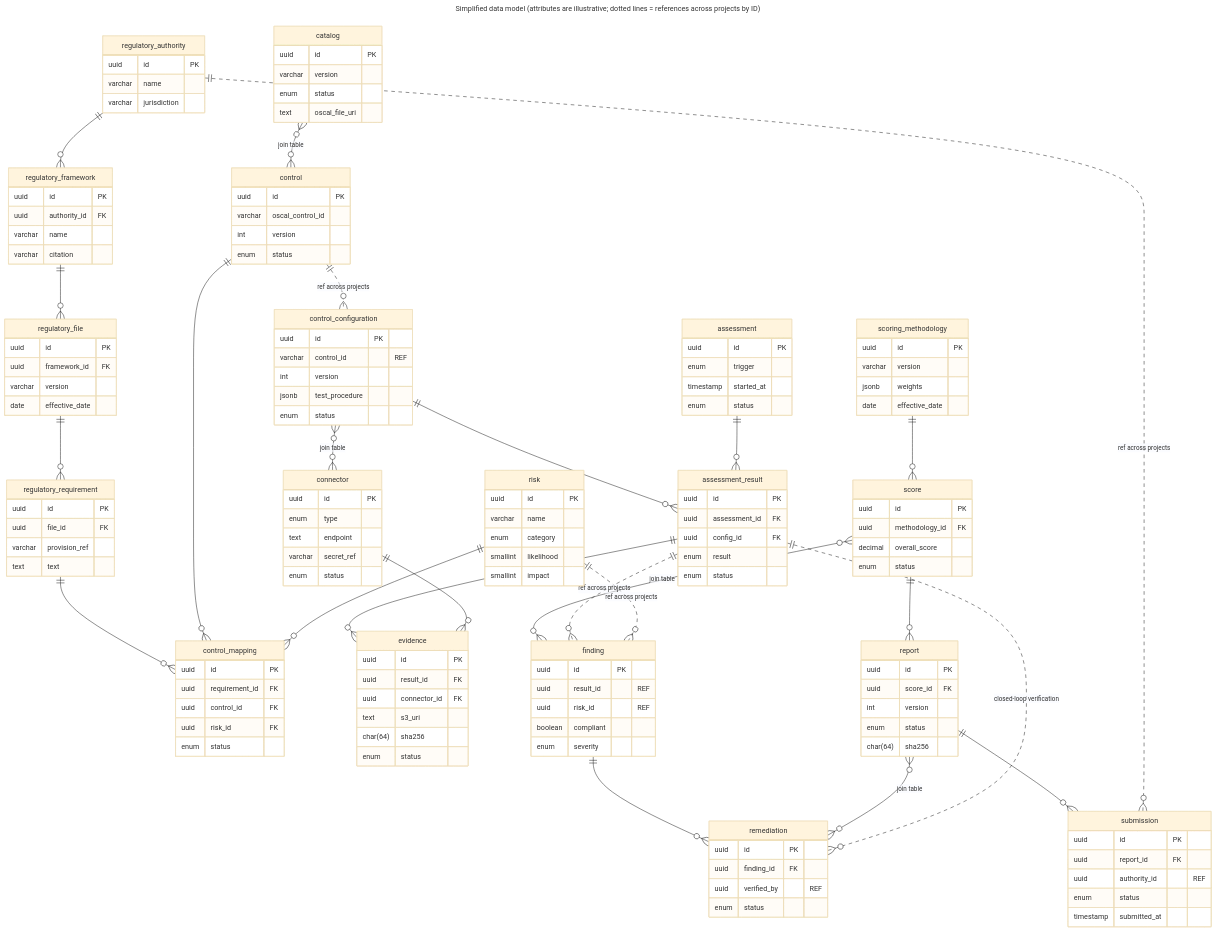
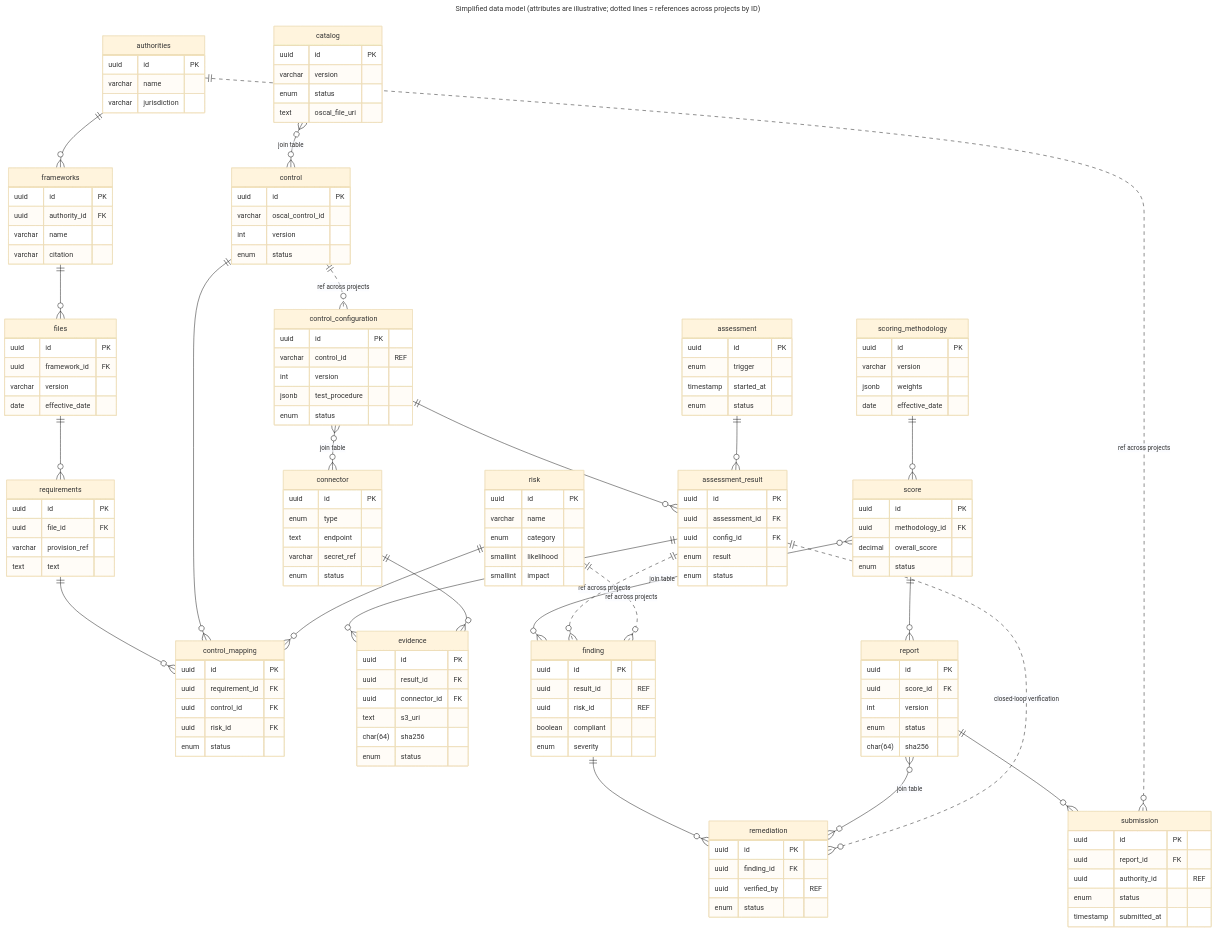
Before and after one commit to GRaCe-GRC/GRaCe-GRC-docs: the diagram in assets/diagrams/data-model/fig-14-1-simplified-data-model.mmd, drawn with Mermaid (base theme). The commit also changed 14 other files, not shown here.

```diff
--- a/assets/diagrams/data-model/fig-14-1-simplified-data-model.mmd
+++ b/assets/diagrams/data-model/fig-14-1-simplified-data-model.mmd
@@ -1,152 +1,152 @@
 ---
 title: "Simplified data model (attributes are illustrative; dotted lines = references across projects by ID)"
 ---
 erDiagram
 
-  regulatory_authority {
+  authorities {
     uuid id PK
     varchar name
     varchar jurisdiction
   }
-  regulatory_framework {
+  frameworks {
     uuid id PK
     uuid authority_id FK
     varchar name
     varchar citation
   }
-  regulatory_file {
+  files {
     uuid id PK
     uuid framework_id FK
     varchar version
     date effective_date
   }
-  regulatory_requirement {
+  requirements {
     uuid id PK
     uuid file_id FK
     varchar provision_ref
     text text
   }
   catalog {
     uuid id PK
     varchar version
     enum status
     text oscal_file_uri
   }
   control {
     uuid id PK
     varchar oscal_control_id
     int version
     enum status
   }
   control_mapping {
     uuid id PK
     uuid requirement_id FK
     uuid control_id FK
     uuid risk_id FK
     enum status
   }
   risk {
     uuid id PK
     varchar name
     enum category
     smallint likelihood
     smallint impact
   }
   control_configuration {
     uuid id PK
     varchar control_id "REF"
     int version
     jsonb test_procedure
     enum status
   }
   connector {
     uuid id PK
     enum type
     text endpoint
     varchar secret_ref
     enum status
   }
   assessment {
     uuid id PK
     enum trigger
     timestamp started_at
     enum status
   }
   assessment_result {
     uuid id PK
     uuid assessment_id FK
     uuid config_id FK
     enum result
     enum status
   }
   evidence {
     uuid id PK
     uuid result_id FK
     uuid connector_id FK
     text s3_uri
     char(64) sha256
     enum status
   }
   scoring_methodology {
     uuid id PK
     varchar version
     jsonb weights
     date effective_date
   }
   score {
     uuid id PK
     uuid methodology_id FK
     decimal overall_score
     enum status
   }
   finding {
     uuid id PK
     uuid result_id "REF"
     uuid risk_id "REF"
     boolean compliant
     enum severity
   }
   remediation {
     uuid id PK
     uuid finding_id FK
     uuid verified_by "REF"
     enum status
   }
   report {
     uuid id PK
     uuid score_id FK
     int version
     enum status
     char(64) sha256
   }
   submission {
     uuid id PK
     uuid report_id FK
     uuid authority_id "REF"
     enum status
     timestamp submitted_at
   }
 
-  regulatory_authority ||--o{ regulatory_framework : ""
-  regulatory_framework ||--o{ regulatory_file : ""
-  regulatory_file ||--o{ regulatory_requirement : ""
-  regulatory_requirement ||--o{ control_mapping : ""
+  authorities ||--o{ frameworks : ""
+  frameworks ||--o{ files : ""
+  files ||--o{ requirements : ""
+  requirements ||--o{ control_mapping : ""
   control ||--o{ control_mapping : ""
   risk ||--o{ control_mapping : ""
   catalog }o--o{ control : "join table"
   control_configuration }o--o{ connector : "join table"
   control_configuration ||--o{ assessment_result : ""
   assessment ||--o{ assessment_result : ""
   assessment_result ||--o{ evidence : ""
   connector ||--o{ evidence : ""
   scoring_methodology ||--o{ score : ""
   score }o--o{ finding : "join table"
   score ||--o{ report : ""
   report ||--o{ submission : ""
   finding ||--o{ remediation : ""
   report }o--o{ remediation : "join table"
   control ||..o{ control_configuration : "ref across projects"
   assessment_result ||..o{ finding : "ref across projects"
   risk ||..o{ finding : "ref across projects"
-  regulatory_authority ||..o{ submission : "ref across projects"
+  authorities ||..o{ submission : "ref across projects"
   assessment_result ||..o{ remediation : "closed-loop verification"
```
